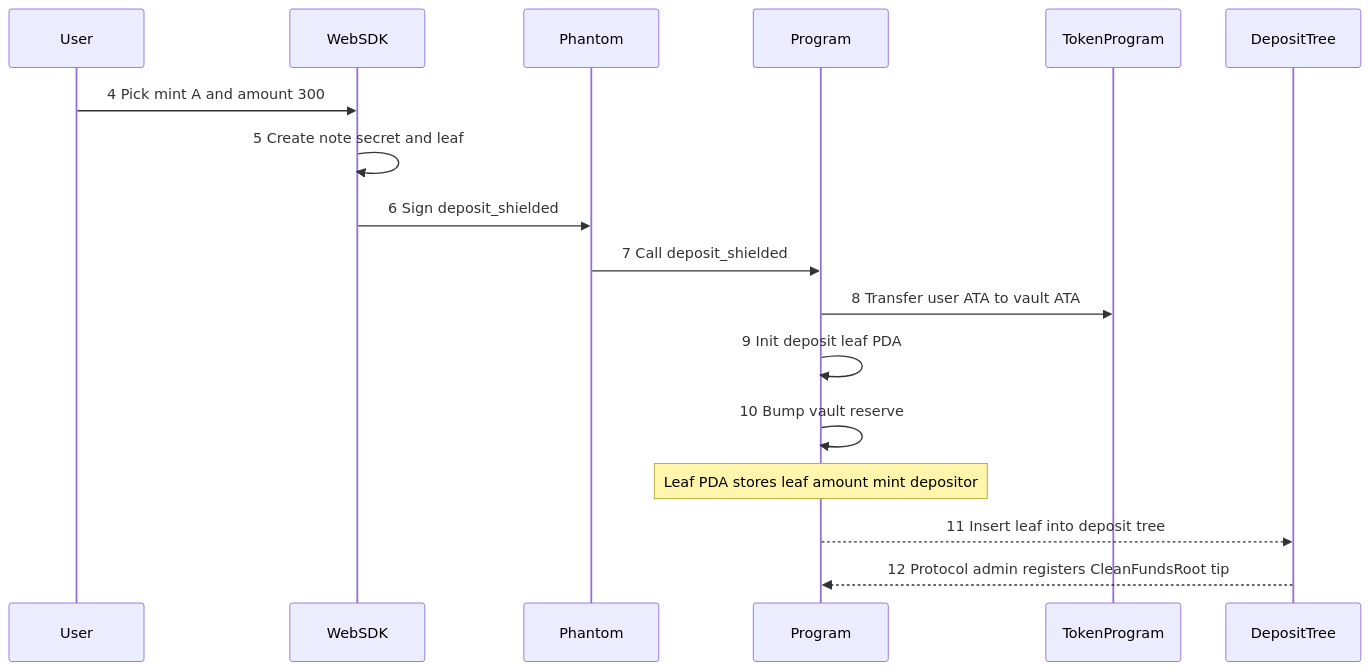
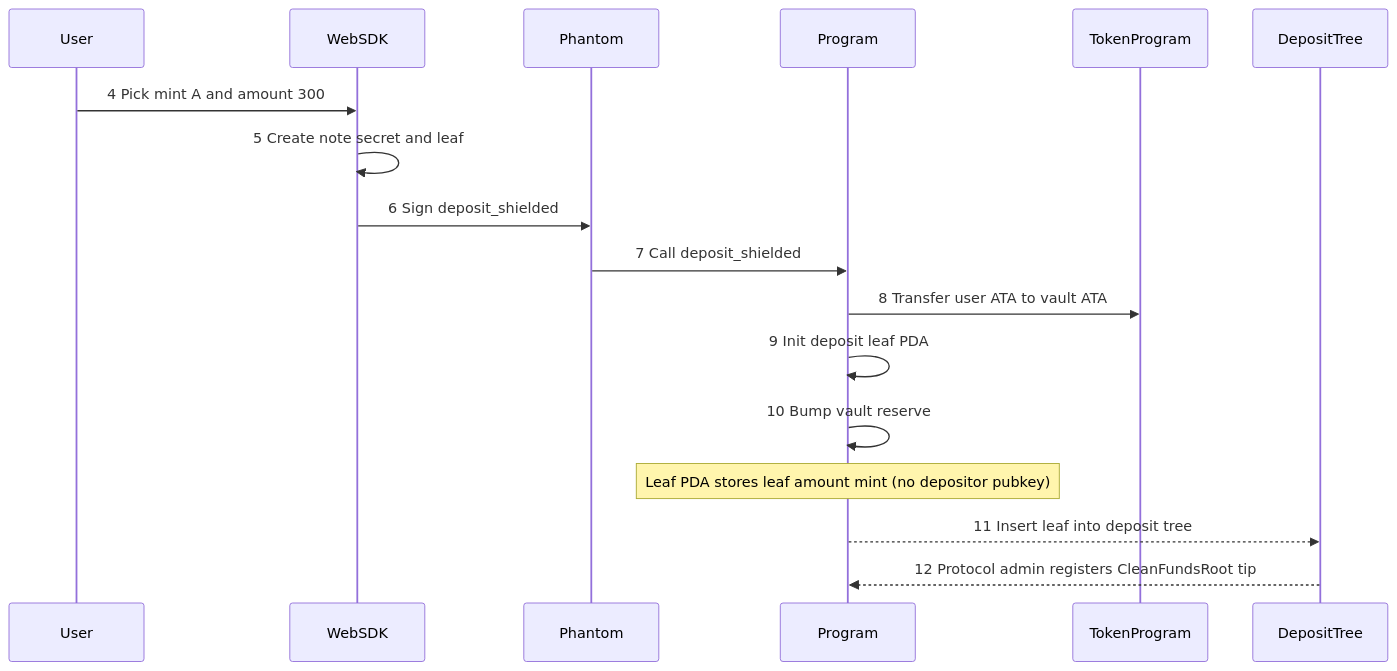
The third of 7 diagrams in docs/architecture.md (pprogrammingg/zk-spot-shield), drawn with Mermaid before and after one commit. The commit also changed other lines of this file and 54 other files, not shown here.

````diff
--- a/docs/architecture.md
+++ b/docs/architecture.md
@@ -88,19 +88,19 @@
 ```mermaid
 sequenceDiagram
  participant U as User
  participant W as WebSDK
  participant Ph as Phantom
  participant Prog as Program
  participant Spl as TokenProgram
  participant Tree as DepositTree
  U->>W: 4 Pick mint A and amount 300
  W->>W: 5 Create note secret and leaf
  W->>Ph: 6 Sign deposit_shielded
  Ph->>Prog: 7 Call deposit_shielded
  Prog->>Spl: 8 Transfer user ATA to vault ATA
  Prog->>Prog: 9 Init deposit leaf PDA
  Prog->>Prog: 10 Bump vault reserve
- Note over Prog: Leaf PDA stores leaf amount mint depositor
+ Note over Prog: Leaf PDA stores leaf amount mint (no depositor pubkey)
  Prog-->>Tree: 11 Insert leaf into deposit tree
  Tree-->>Prog: 12 Protocol admin registers CleanFundsRoot tip
 ```
````
